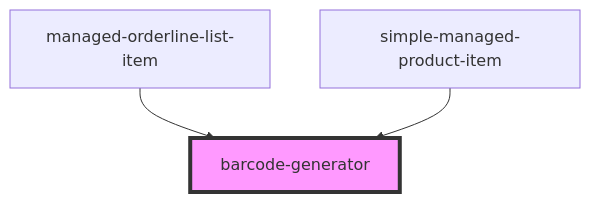
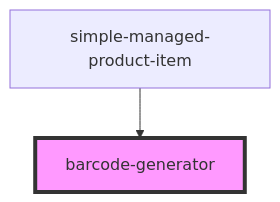
One commit to PharmaLedger-IMI/fgt-workspace changed the diagram in pdm-web-components/src/components/barcode-generator/readme.md. Above: the diagram before and after it, drawn with Mermaid. The commit also changed other lines of this file and 11 other files, not shown here.

````diff
--- a/pdm-web-components/src/components/barcode-generator/readme.md
+++ b/pdm-web-components/src/components/barcode-generator/readme.md
@@ -28,6 +27,5 @@
 ```mermaid
 graph TD;
-  managed-orderline-list-item --> barcode-generator
   simple-managed-product-item --> barcode-generator
   style barcode-generator fill:#f9f,stroke:#333,stroke-width:4px
 ```
````
